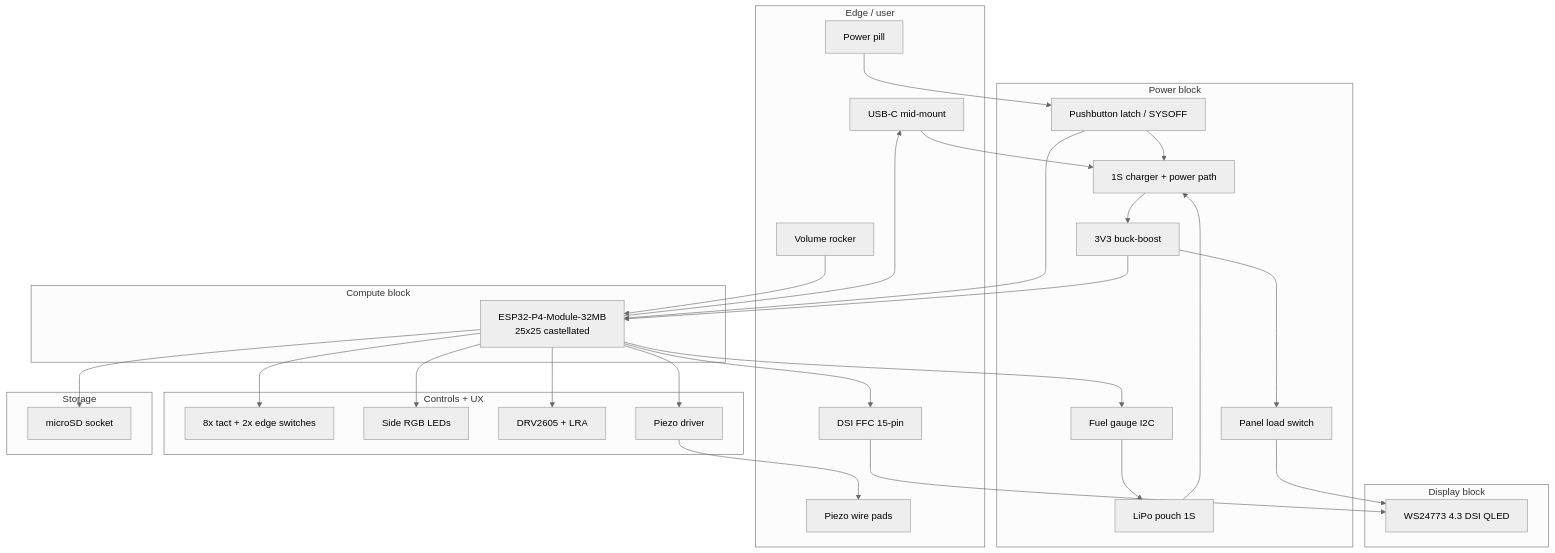
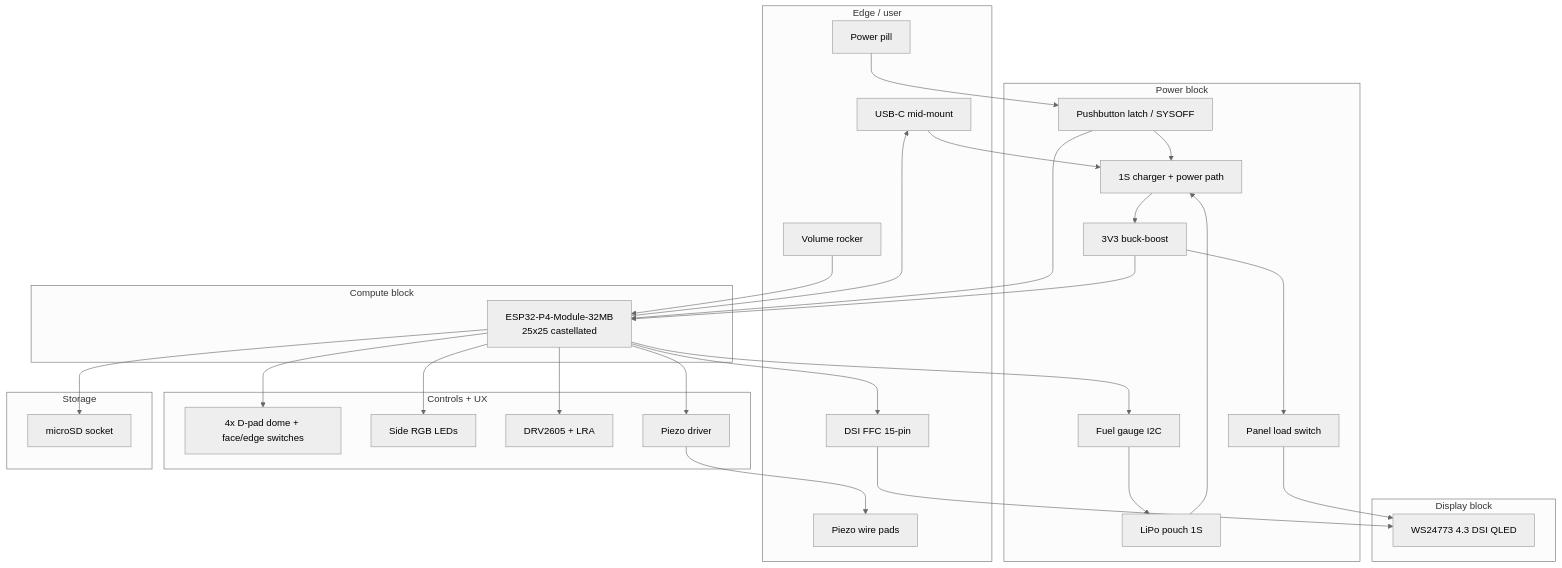
One commit to increpare/PuzzleScript-labs changed the diagram in hardware/card/BLOCK_DIAGRAM.md. Above: the diagram before and after it, drawn with Mermaid (neutral theme). The commit also changed other lines of this file and 14 other files, not shown here.

````diff
--- a/hardware/card/BLOCK_DIAGRAM.md
+++ b/hardware/card/BLOCK_DIAGRAM.md
@@ -11,60 +11,60 @@
 ```mermaid
 flowchart TB
     subgraph edge [Edge / user]
         USBC[USB-C mid-mount]
         PWR[Power pill]
         VOL[Volume rocker]
         FFC[DSI FFC 15-pin]
         PIEZO_PADS[Piezo wire pads]
     end
 
     subgraph power [Power block]
         LATCH[Pushbutton latch / SYSOFF]
         CHG[1S charger + power path]
         GAUGE[Fuel gauge I2C]
         BUCK[3V3 buck-boost]
         PANEL_SW[Panel load switch]
         CELL[LiPo pouch 1S]
     end
 
     subgraph compute [Compute block]
         MOD[ESP32-P4-Module-32MB<br/>25x25 castellated]
     end
 
     subgraph display [Display block]
         PANEL[WS24773 4.3 DSI QLED]
     end
 
     subgraph io [Controls + UX]
-        SW[8x tact + 2x edge switches]
+        SW[4x D-pad dome + face/edge switches]
         RGB[Side RGB LEDs]
         LRA[DRV2605 + LRA]
         PZ_DRV[Piezo driver]
     end
 
     subgraph storage [Storage]
         SD[microSD socket]
     end
 
     USBC --> CHG
     CELL --> CHG
     PWR --> LATCH
     LATCH --> CHG
     LATCH --> MOD
     CHG --> BUCK
     BUCK --> MOD
     BUCK --> PANEL_SW
     PANEL_SW --> PANEL
     GAUGE --> CELL
     MOD --> GAUGE
     MOD --> FFC
     FFC --> PANEL
     MOD --> SW
     MOD --> RGB
     MOD --> LRA
     MOD --> PZ_DRV
     PZ_DRV --> PIEZO_PADS
     MOD --> SD
     MOD --> USBC
     VOL --> MOD
 ```
````
